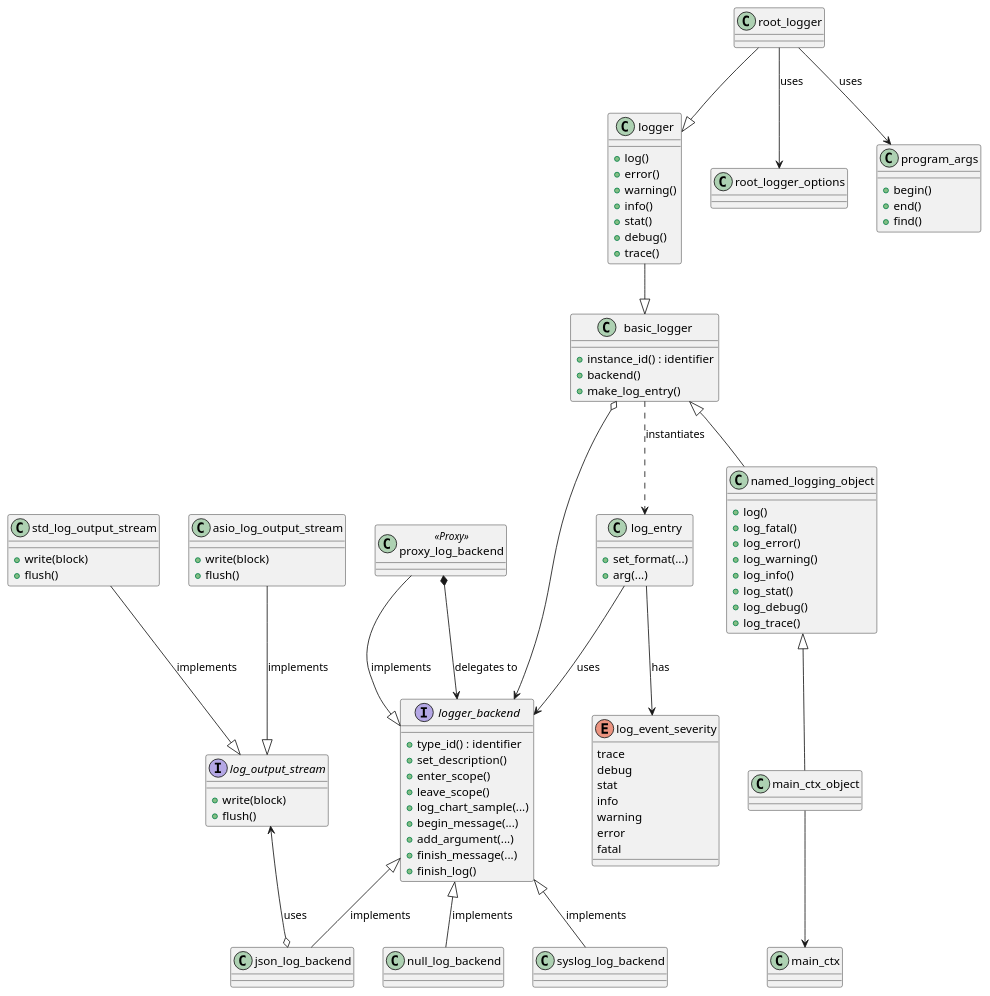
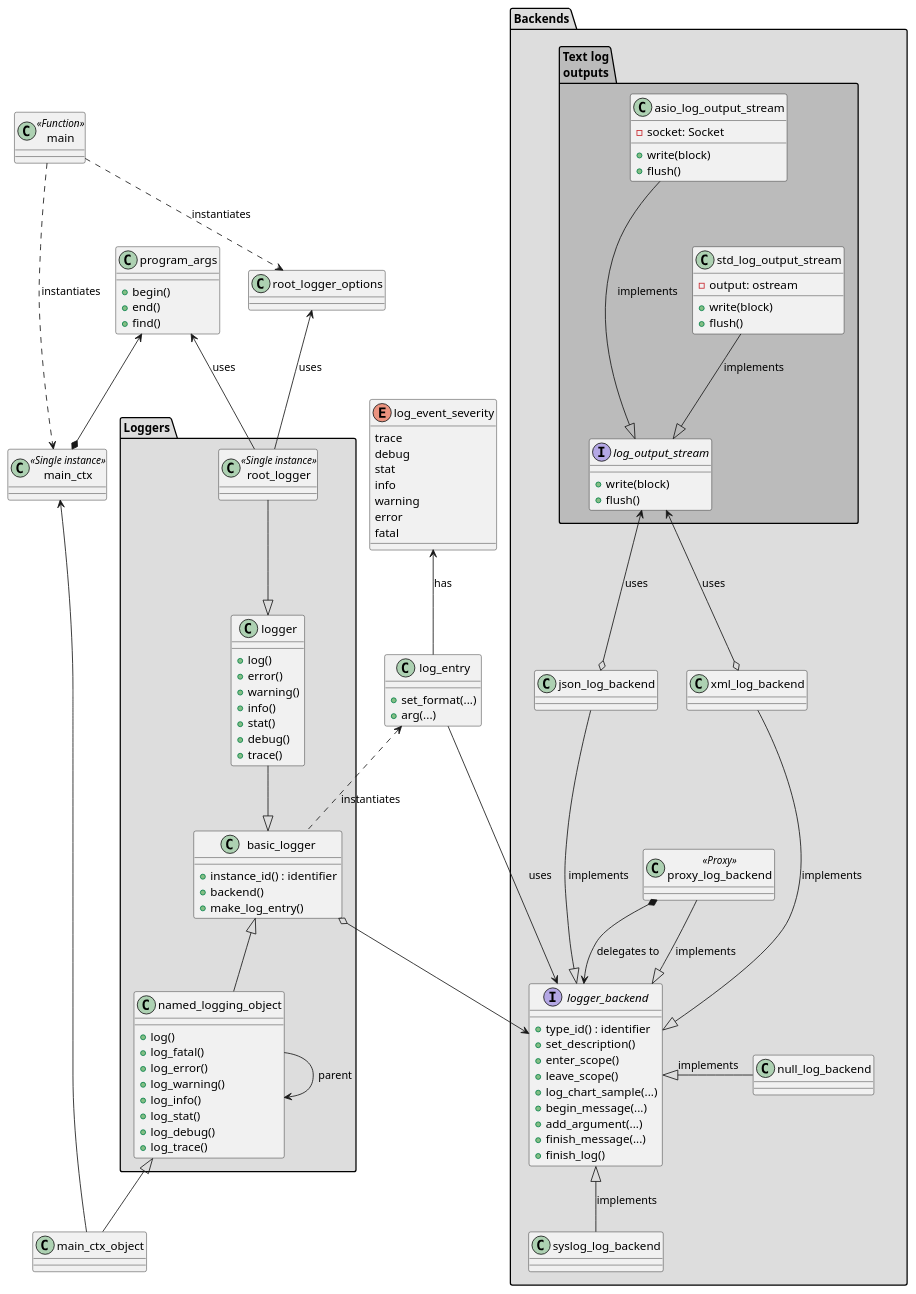
The diagram in doc/diagrams/eagine/logging_overview.puml (matus-chochlik/eagine-core), drawn with PlantUML before and after one commit. The commit also changed 1 other file, not shown here.

Commit message:
Updated the logging overview diagram

```diff
--- a/doc/diagrams/eagine/logging_overview.puml
+++ b/doc/diagrams/eagine/logging_overview.puml
@@ -1,124 +1,157 @@
 @startuml
 enum log_event_severity {
     trace
     debug
     stat
     info
     warning
     error
     fatal
 }
+
+package "Backends" #DDDDDD {
 
 interface logger_backend {
     +type_id() : identifier
     +set_description()
     +enter_scope()
     +leave_scope()
     +log_chart_sample(...)
     +begin_message(...)
     +add_argument(...)
     +finish_message(...)
     +finish_log()
 }
 
 class null_log_backend {
 }
 
 class syslog_log_backend {
 }
 
 class json_log_backend {
 }
 
+class xml_log_backend {
+}
+
 class proxy_log_backend <<Proxy>> {
 }
+
+json_log_backend -[hidden]- proxy_log_backend
+xml_log_backend -[hidden]- proxy_log_backend
+
+package "Text log\noutputs" #BBBBBB {
 
 interface log_output_stream {
     +write(block)
     +flush()
 }
 
 class std_log_output_stream {
+    -output: ostream
     +write(block)
     +flush()
 }
 
 class asio_log_output_stream {
+    -socket: Socket
     +write(block)
     +flush()
 }
+
+asio_log_output_stream -[hidden]- std_log_output_stream
+
+}
+}
+
 
 class log_entry {
     +set_format(...)
     +arg(...)
 }
+
+package Loggers #DDDDDD {
 
 class basic_logger {
     +instance_id() : identifier
     +backend()
     +make_log_entry()
 }
 
 class logger {
     +log()
     +error()
     +warning()
     +info()
     +stat()
     +debug()
     +trace()
 }
 
 class named_logging_object {
     +log()
     +log_fatal()
     +log_error()
     +log_warning()
     +log_info()
     +log_stat()
     +log_debug()
     +log_trace()
 }
 
-class root_logger {
+named_logging_object --> named_logging_object: parent
+
+class root_logger <<Single instance>> {
+}
+
 }
 
 class root_logger_options {
 }
 
 class program_args {
     +begin()
     +end()
     +find()
 }
 
 class main_ctx_object {
 }
 
-class main_ctx {
+class main_ctx <<Single instance>> {
+}
+
+class main <<Function>> {
 }
 
 std_log_output_stream --|> log_output_stream: implements
 asio_log_output_stream --|> log_output_stream: implements
 
 log_output_stream <--o json_log_backend: uses
+log_output_stream <--o xml_log_backend: uses
 
-logger_backend <|-- null_log_backend : implements
+logger_backend <|-right- null_log_backend : implements
 logger_backend <|-- syslog_log_backend : implements
-logger_backend <|-- json_log_backend : implements
+json_log_backend --|> logger_backend : implements
+xml_log_backend --|> logger_backend : implements
 proxy_log_backend --|> logger_backend : implements
 proxy_log_backend *--> logger_backend : delegates to
 
-log_entry --> log_event_severity : has
+log_event_severity <-- log_entry : has
 log_entry --> logger_backend : uses
 
-basic_logger ..> log_entry : instantiates
+log_entry <.. basic_logger : instantiates
 basic_logger o--> logger_backend
 logger --|> basic_logger
 basic_logger <|-- named_logging_object
 named_logging_object <|--  main_ctx_object
-main_ctx_object --> main_ctx
+main_ctx_object -left-> main_ctx
+program_args <--* main_ctx
 root_logger --|> logger
-root_logger --> program_args : uses
-root_logger --> root_logger_options : uses
+root_logger -up-> program_args : uses
+root_logger -up-> root_logger_options : uses
+
+main ..> main_ctx: instantiates
+main ..> root_logger_options: instantiates
 @enduml
```
